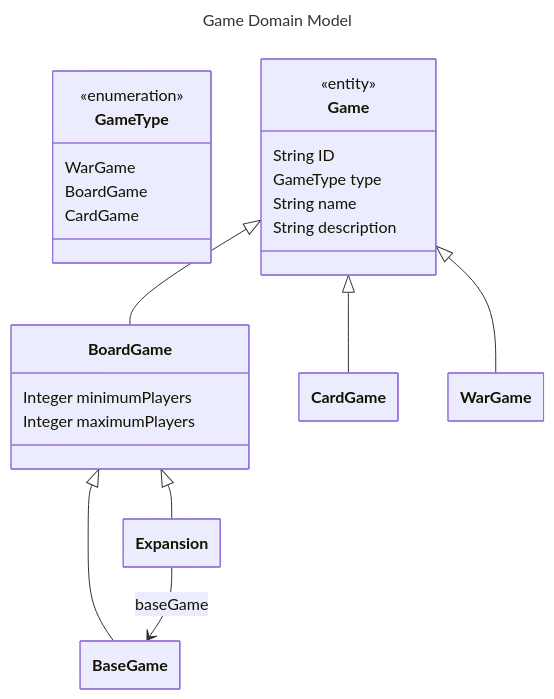
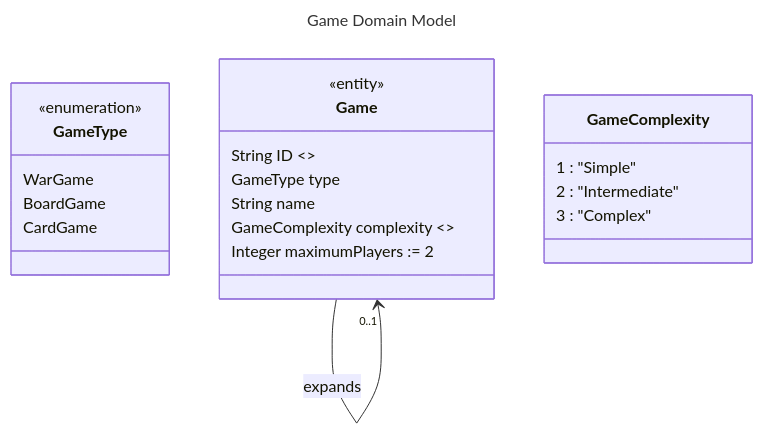
The diagram in design/data/game.md (AdrianMiley/War-Games-League), drawn with Mermaid before and after one commit. The commit also changed 22 other files, not shown here.

````diff
--- a/design/data/game.md
+++ b/design/data/game.md
@@ -9,35 +9,31 @@
 ```mermaid
 ---
   title: Game Domain Model
   config:
     class:
       hideEmptyMembersBox: true
 ---
 %%    namespace "game"
 classDiagram
     class GameType {
         <<enumeration>>
         WarGame
         BoardGame
         CardGame
     }
     class Game {
         <<entity>>
-        String ID 
+        String ID <<key>>
         GameType type
         String name
-        String description
+        GameComplexity complexity <<optional>>
+        Integer maximumPlayers := 2
     }
-    class BoardGame {
-        Integer minimumPlayers
-        Integer maximumPlayers
-    }
-%%    class BaseGame {}
-%%    class Expansion {}
-    Game <|-- BoardGame 
-    Game <|-- CardGame 
-    Game <|-- WarGame
-    BoardGame <|-- BaseGame
-    BoardGame <|-- Expansion 
-    Expansion --> BaseGame : baseGame
+    Game --> "0..1" Game : expands 
+
+    class GameComplexity {
+        1 : "Simple"
+        2 : "Intermediate"
+        3 : "Complex"
+    } 
 ```
````
